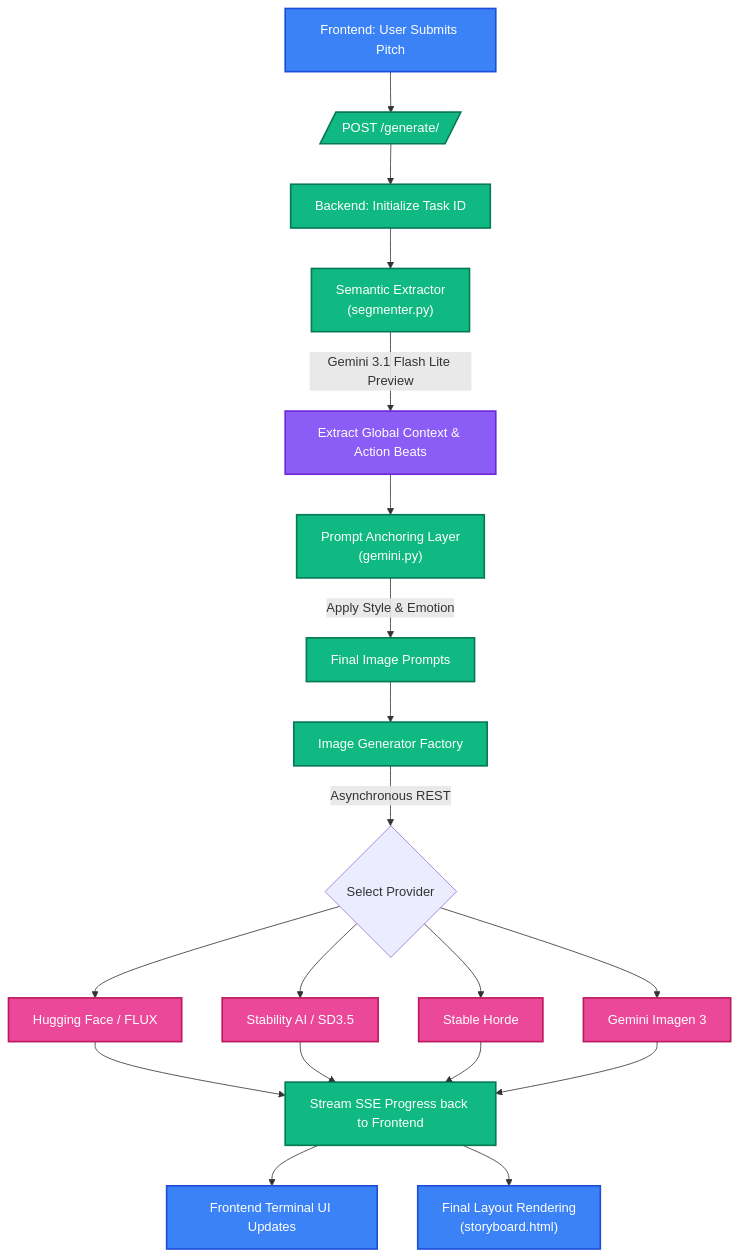
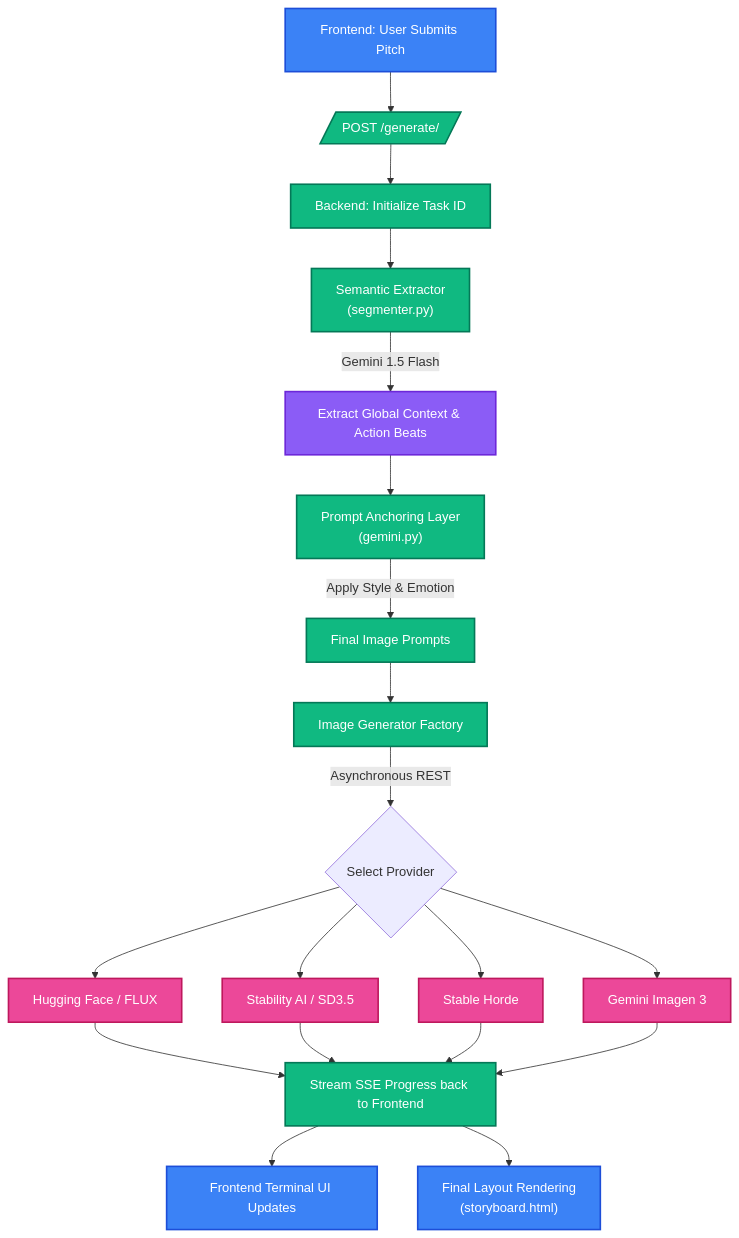
One commit to Amitkr1311/StoryForge changed the first of 2 diagrams in README.md. Above: the diagram before and after it, drawn with Mermaid. The commit also changed other lines of this file and 8 other files, not shown here.

````diff
--- a/README.md
+++ b/README.md
@@ -31,31 +31,31 @@
 ```mermaid
 graph TD
     classDef frontend fill:#3b82f6,stroke:#1d4ed8,stroke-width:2px,color:#fff;
     classDef backend fill:#10b981,stroke:#047857,stroke-width:2px,color:#fff;
     classDef llm fill:#8b5cf6,stroke:#6d28d9,stroke-width:2px,color:#fff;
     classDef imageGen fill:#ec4899,stroke:#be185d,stroke-width:2px,color:#fff;
 
     UI["Frontend: User Submits Pitch"]:::frontend --> API[/"POST /generate/"/]:::backend
     API --> Queue["Backend: Initialize Task ID"]:::backend
     Queue --> Segmenter["Semantic Extractor<br/>(segmenter.py)"]:::backend
     
-    Segmenter -- "Gemini 3.1 Flash Lite Preview" --> ExtractContext["Extract Global Context & Action Beats"]:::llm
+    Segmenter -- "Gemini 1.5 Flash" --> ExtractContext["Extract Global Context & Action Beats"]:::llm
     ExtractContext --> Prompter["Prompt Anchoring Layer<br/>(gemini.py)"]:::backend
     
     Prompter -- "Apply Style & Emotion" --> BuildPrompts["Final Image Prompts"]:::backend
     BuildPrompts --> ImageEngine["Image Generator Factory"]:::backend
     
     ImageEngine -- "Asynchronous REST" --> Generators{"Select Provider"}
     Generators --> HF["Hugging Face / FLUX"]:::imageGen
     Generators --> SD["Stability AI / SD3.5"]:::imageGen
     Generators --> GH["Stable Horde"]:::imageGen
     Generators --> GM["Gemini Imagen 3"]:::imageGen
     
     HF --> SSE["Stream SSE Progress back to Frontend"]:::backend
     SD --> SSE
     GH --> SSE
     GM --> SSE
     
     SSE --> UIStream["Frontend Terminal UI Updates"]:::frontend
     SSE --> Render["Final Layout Rendering<br/>(storyboard.html)"]:::frontend
 ```
````
